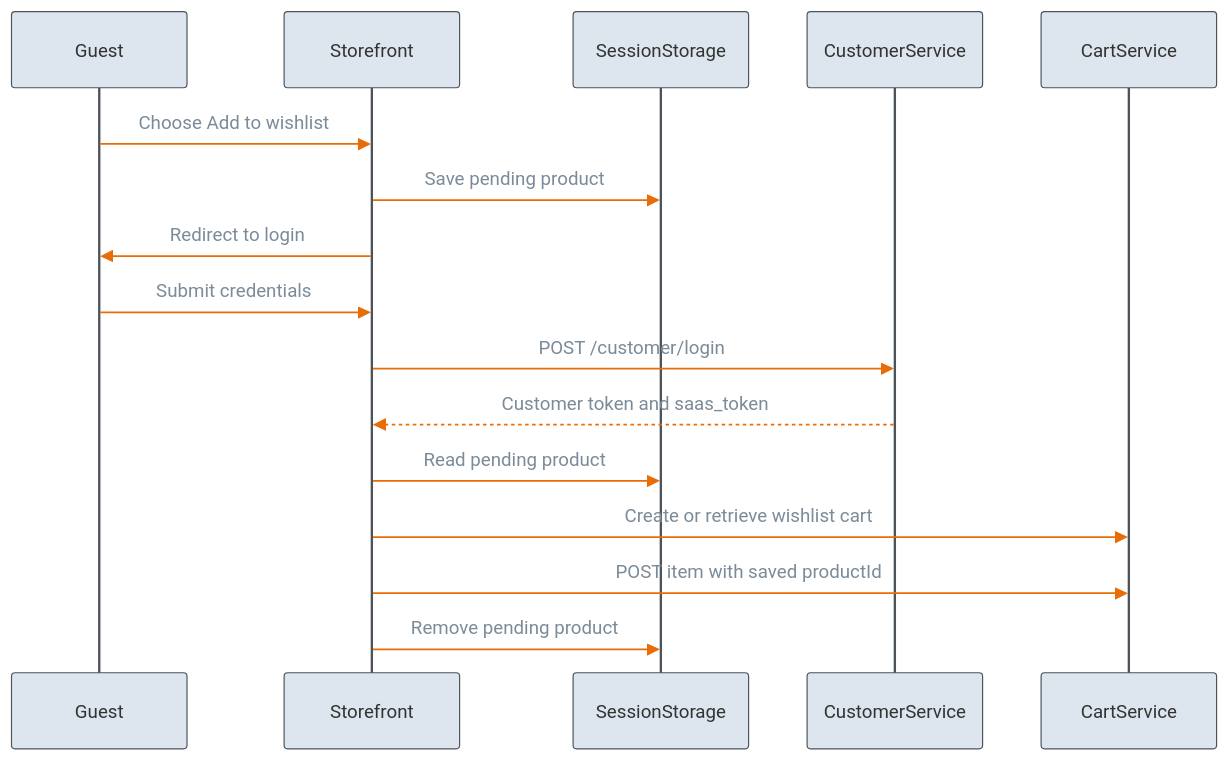
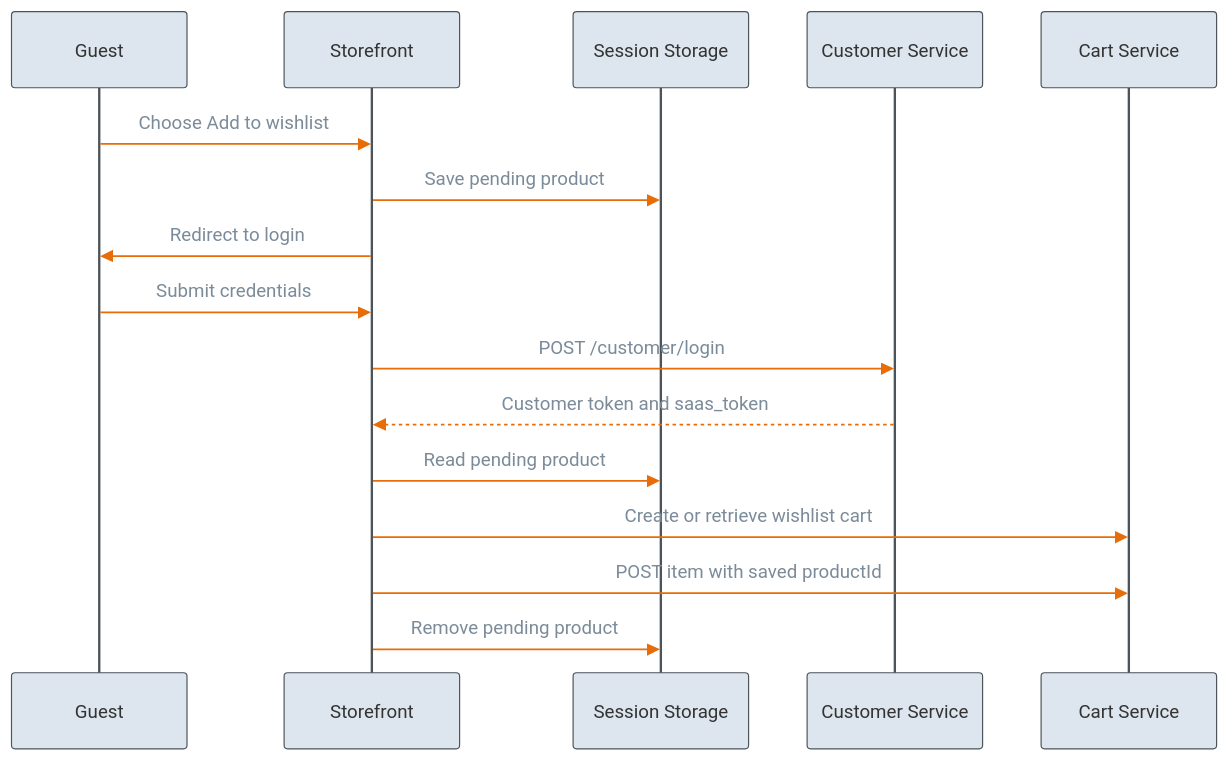
Before and after one commit to emporix/api-references: the diagram in checkout/cart/wishlist.md, drawn with Mermaid.

Commit message:
COP-5242 Cart wishlist tutorial fixes

````diff
--- a/checkout/cart/wishlist.md
+++ b/checkout/cart/wishlist.md
@@ -197,33 +197,33 @@
 ```mermaid
 ---
 config:
   layout: fixed
   theme: base
   themeVariables:
     primaryColor: '#DDE6EE'
     primaryBorderColor: '#4C5359'
     actorBkg: '#DDE6EE'
     actorBorder: '#4C5359'
     actorLineColor: '#4C5359'
     signalColor: '#E86C07'
     signalTextColor: '#7B8B99'
     background: transparent
 ---
 sequenceDiagram
     participant Guest
     participant Storefront
-    participant Storage as SessionStorage
-    participant Auth as CustomerService
-    participant Cart as CartService
+    participant Storage as Session Storage
+    participant Auth as Customer Service
+    participant Cart as Cart Service
 
     Guest->>Storefront: Choose Add to wishlist
     Storefront->>Storage: Save pending product
     Storefront->>Guest: Redirect to login
     Guest->>Storefront: Submit credentials
     Storefront->>Auth: POST /customer/login
     Auth-->>Storefront: Customer token and saas_token
     Storefront->>Storage: Read pending product
     Storefront->>Cart: Create or retrieve wishlist cart
     Storefront->>Cart: POST item with saved productId
     Storefront->>Storage: Remove pending product
 ```
````
